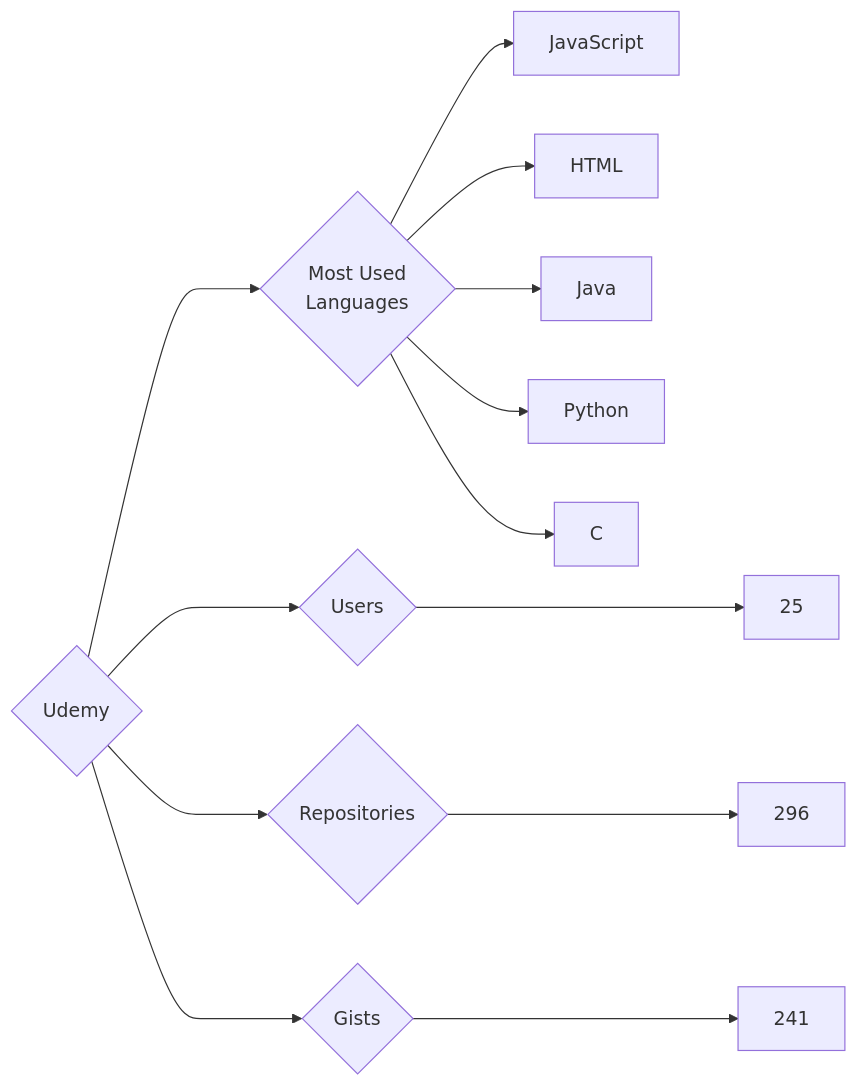
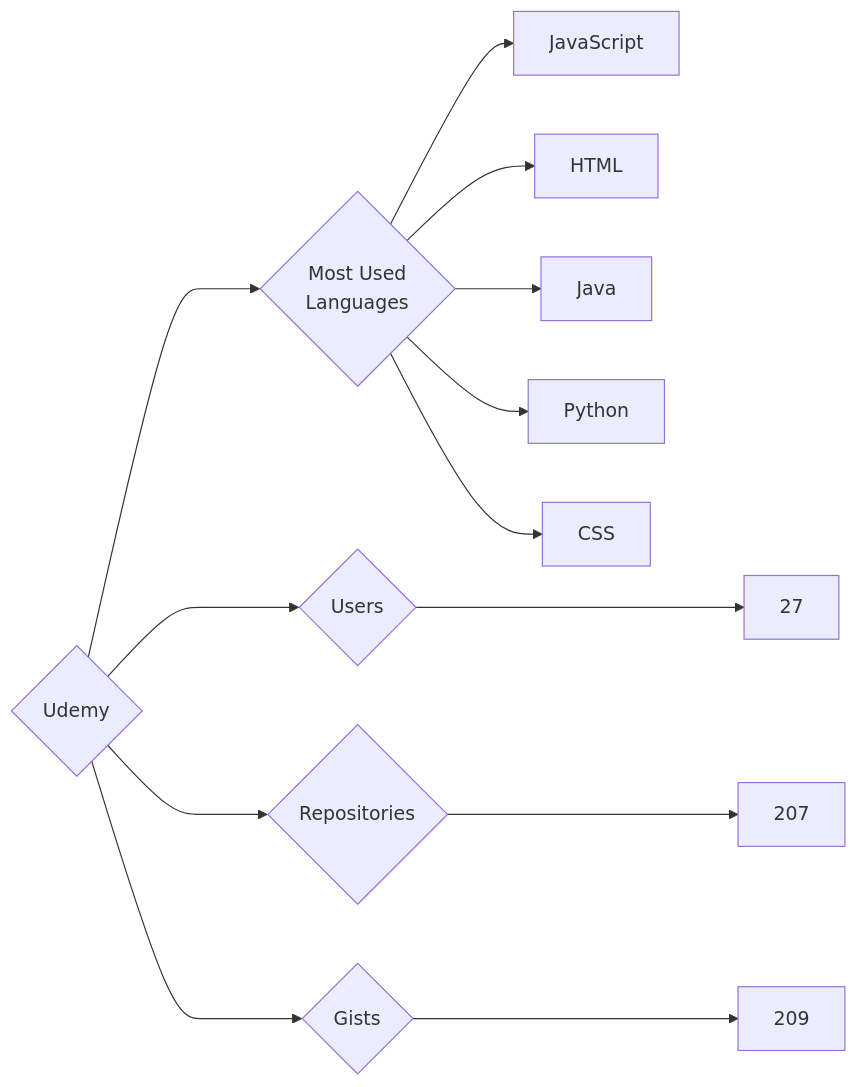
One commit to trickest/insiders changed the diagram in targets/Udemy/README.md. Above: the diagram before and after it, drawn with Mermaid. The commit also changed 953 other files, not shown here.

````diff
--- a/targets/Udemy/README.md
+++ b/targets/Udemy/README.md
@@ -3,13 +3,13 @@
 ```mermaid
 graph LR
 COMPANY_NAME{Udemy}
-COMPANY_NAME ---> U{Users} ---> UN[25]
-COMPANY_NAME ---> R{Repositories} ---> RN[296]
-COMPANY_NAME ---> G{Gists} ---> GN[241]
+COMPANY_NAME ---> U{Users} ---> UN[27]
+COMPANY_NAME ---> R{Repositories} ---> RN[207]
+COMPANY_NAME ---> G{Gists} ---> GN[209]
 COMPANY_NAME ---> ML{Most Used<br>Languages}
 ML --> JavaScript[JavaScript]
 ML --> HTML[HTML]
 ML --> Java[Java]
 ML --> Python[Python]
-ML --> C[C]
+ML --> CSS[CSS]
 ```
````
